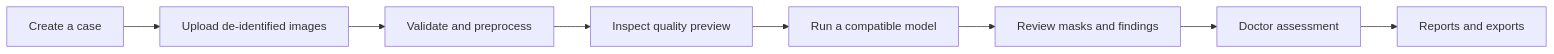
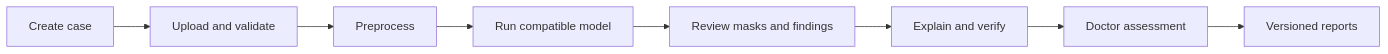
The first of 2 diagrams in README.md (Dhanush-245/Team_2_Artery-Segmentation-DL), drawn with Mermaid before and after one commit. The commit also changed other lines of this file and 1 other file, not shown here.

````diff
--- a/README.md
+++ b/README.md
@@ -46,10 +27,10 @@
 ```mermaid
 flowchart LR
-    A[Create a case] --> B[Upload de-identified images]
-    B --> C[Validate and preprocess]
-    C --> D[Inspect quality preview]
-    D --> E[Run a compatible model]
-    E --> F[Review masks and findings]
+    A[Create case] --> B[Upload and validate]
+    B --> C[Preprocess]
+    C --> D[Run compatible model]
+    D --> E[Review masks and findings]
+    E --> F[Explain and verify]
     F --> G[Doctor assessment]
-    G --> H[Reports and exports]
+    G --> H[Versioned reports]
 ```
````
